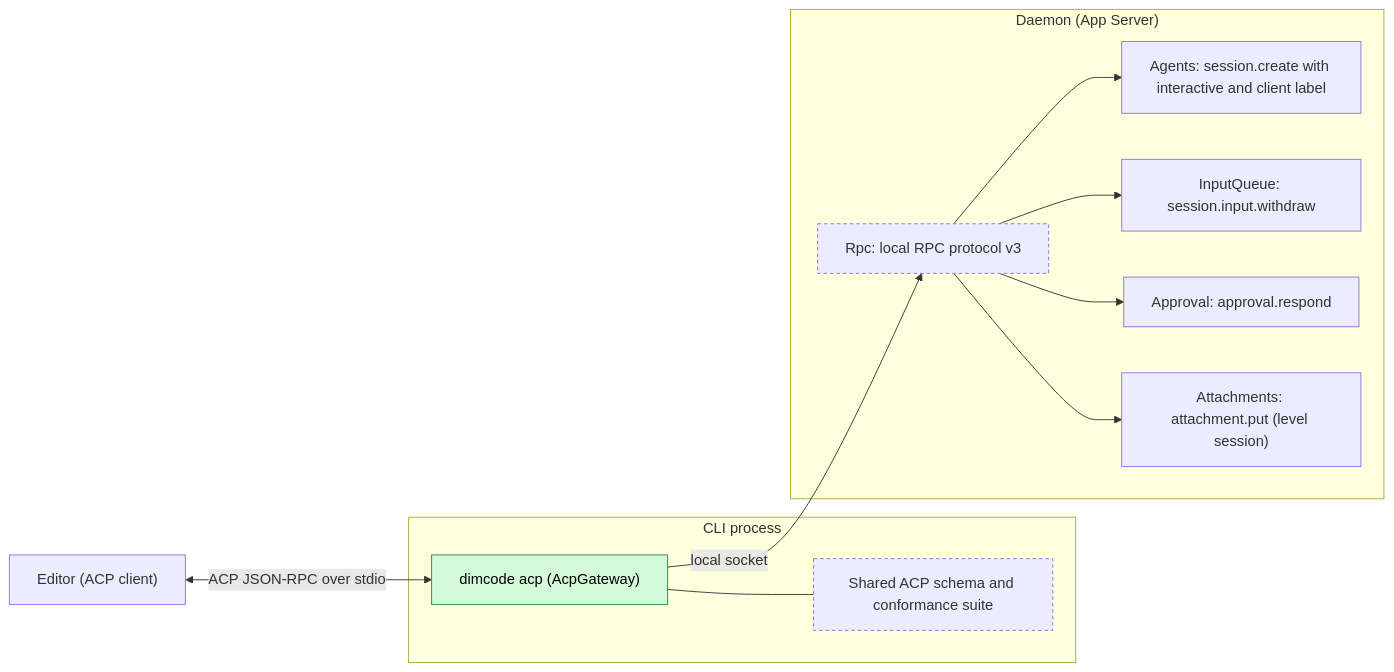
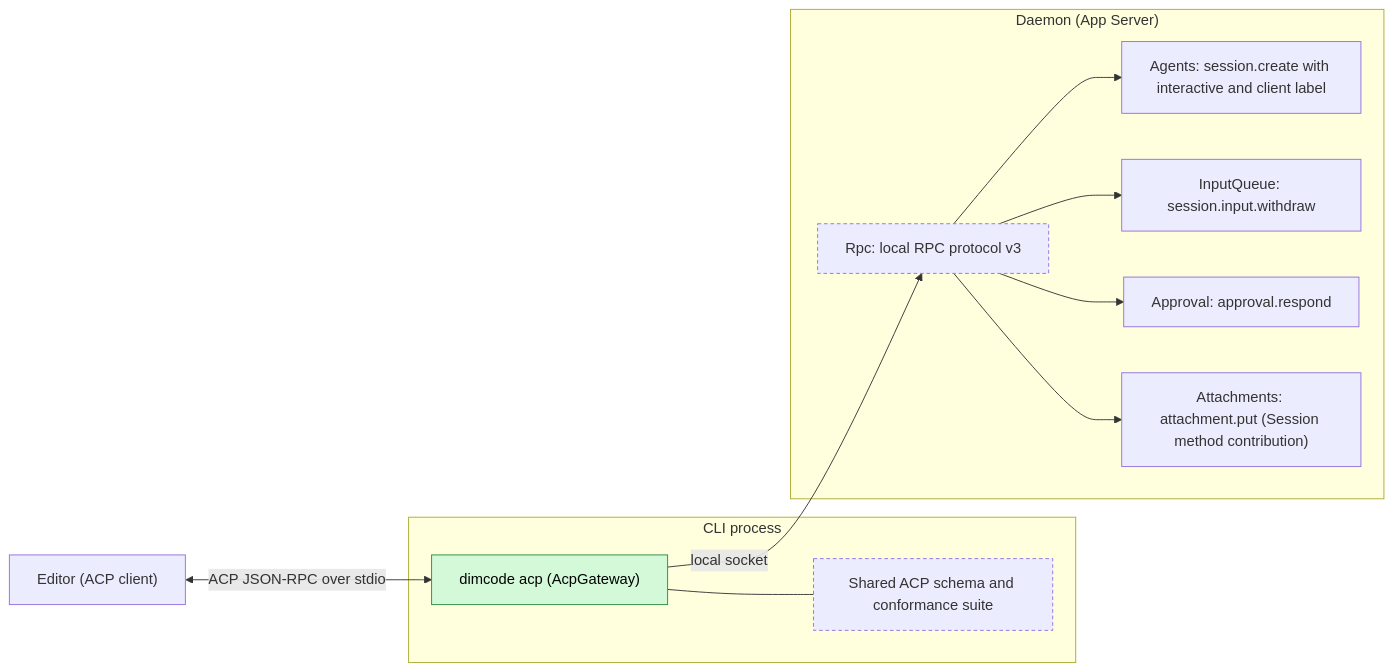
One commit to CoutinhoTTS/dim-agent changed the first of 5 diagrams in docs/design/plugins/AcpGateway.md. Above: the diagram before and after it, drawn with Mermaid. The commit also changed other lines of this file and 3 other files, not shown here.

````diff
--- a/docs/design/plugins/AcpGateway.md
+++ b/docs/design/plugins/AcpGateway.md
@@ -9,24 +9,24 @@
 ```mermaid
 flowchart LR
   classDef new fill:#d3f9d8,stroke:#2b8a3e,color:#000
   classDef contract stroke-dasharray:4 3
   Editor["Editor (ACP client)"]
   subgraph cli["CLI process"]
     GW["dimcode acp (AcpGateway)"]:::new
     Schema["Shared ACP schema and conformance suite"]:::contract
   end
   subgraph daemon["Daemon (App Server)"]
     Rpc["Rpc: local RPC protocol v3"]:::contract
     Agents["Agents: session.create with interactive and client label"]
     IQ["InputQueue: session.input.withdraw"]
     Appr["Approval: approval.respond"]
-    Att["Attachments: attachment.put (level session)"]
+    Att["Attachments: attachment.put (Session method contribution)"]
   end
   Editor <-->|"ACP JSON-RPC over stdio"| GW
   GW --- Schema
   GW -->|"local socket"| Rpc
   Rpc --> Agents
   Rpc --> IQ
   Rpc --> Appr
   Rpc --> Att
 ```
````
